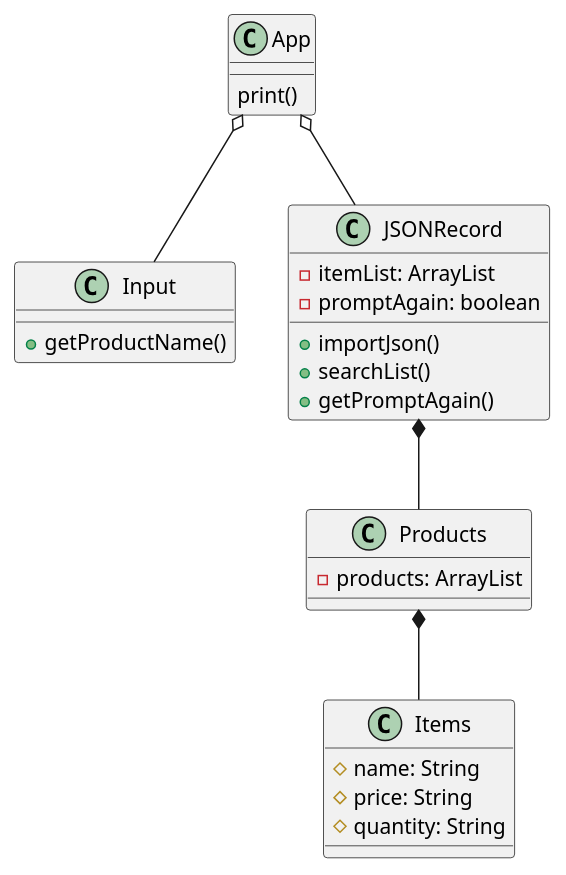
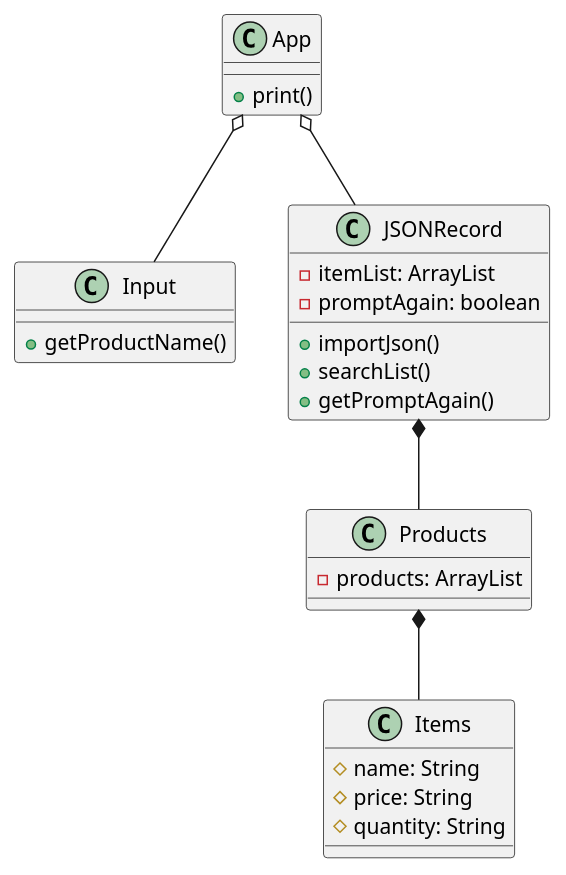
Before and after one commit to kingraham228/Ingraham-cop3330-assignment3: the diagram in src/main/java/ex44/ProductSearch.puml, drawn with PlantUML. The commit also changed 9 other files, not shown here.

```diff
--- a/src/main/java/ex44/ProductSearch.puml
+++ b/src/main/java/ex44/ProductSearch.puml
@@ -1,34 +1,34 @@
 @startuml
 class App{
-print()
++print()
 }
 
 class Input{
 +getProductName()
 }
 
 class Products{
 -products: ArrayList
 
 }
 
 class Items{
 #name: String
 #price: String
 #quantity: String
 }
 
 class JSONRecord{
 -itemList: ArrayList
 -promptAgain: boolean
 +importJson()
 +searchList()
 +getPromptAgain()
 }
 
 App o-- Input
 App o-- JSONRecord
 JSONRecord *-- Products
 Products *-- Items
 
 @enduml
```
